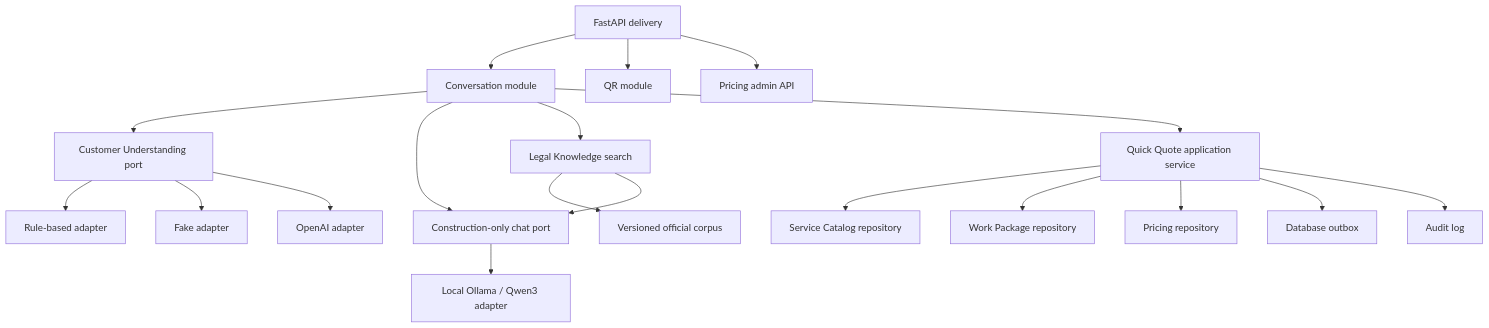
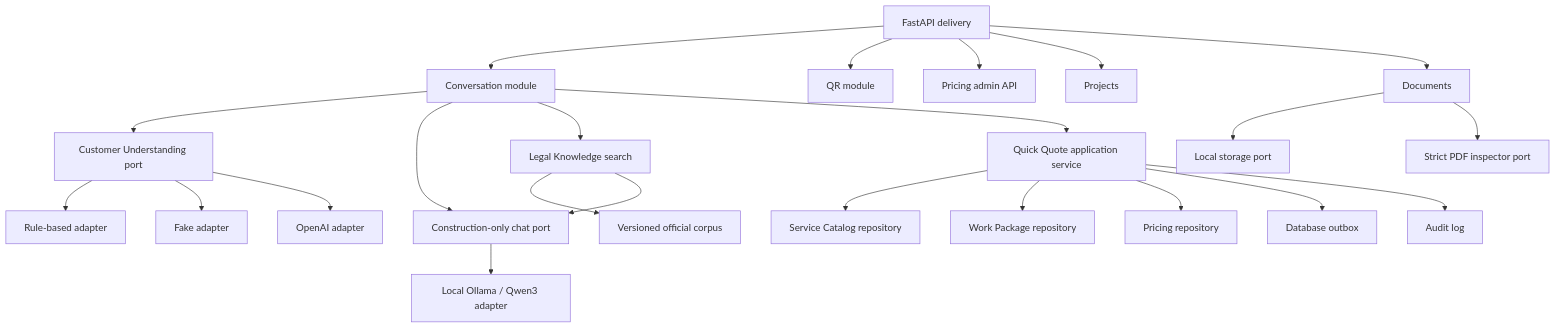
The second of 3 diagrams in docs/architecture/OVERVIEW.md (twonezerotwo-hue/gursar-ai), drawn with Mermaid before and after one commit. The commit also changed other lines of this file and 251 other files, not shown here.

````diff
--- a/docs/architecture/OVERVIEW.md
+++ b/docs/architecture/OVERVIEW.md
@@ -26,21 +26,25 @@
 ```mermaid
 flowchart TB
     API["FastAPI delivery"] --> Conversation["Conversation module"]
     API --> QR["QR module"]
     API --> PricingAdmin["Pricing admin API"]
     Conversation --> Understanding["Customer Understanding port"]
     Conversation --> ConstructionChat["Construction-only chat port"]
     Understanding --> RuleBased["Rule-based adapter"]
     Understanding --> Fake["Fake adapter"]
     Understanding --> OpenAI["OpenAI adapter"]
     ConstructionChat --> Ollama["Local Ollama / Qwen3 adapter"]
     Conversation --> LegalSearch["Legal Knowledge search"]
     LegalSearch --> OfficialCorpus["Versioned official corpus"]
     LegalSearch --> ConstructionChat
     Conversation --> Quote["Quick Quote application service"]
+    API --> Projects["Projects"]
+    API --> Documents["Documents"]
+    Documents --> Storage["Local storage port"]
+    Documents --> PDFInspector["Strict PDF inspector port"]
     Quote --> Catalog["Service Catalog repository"]
     Quote --> WorkPackage["Work Package repository"]
     Quote --> Pricing["Pricing repository"]
     Quote --> Outbox["Database outbox"]
     Quote --> Audit["Audit log"]
 ```
````
